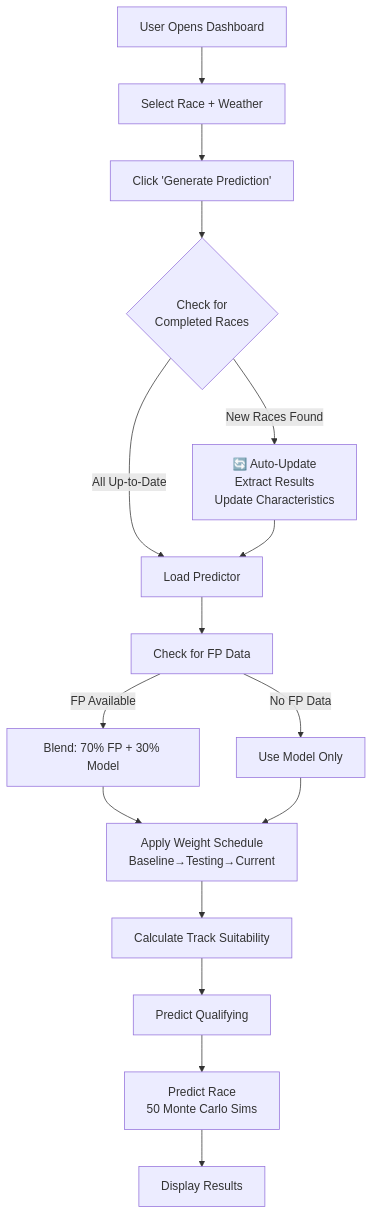
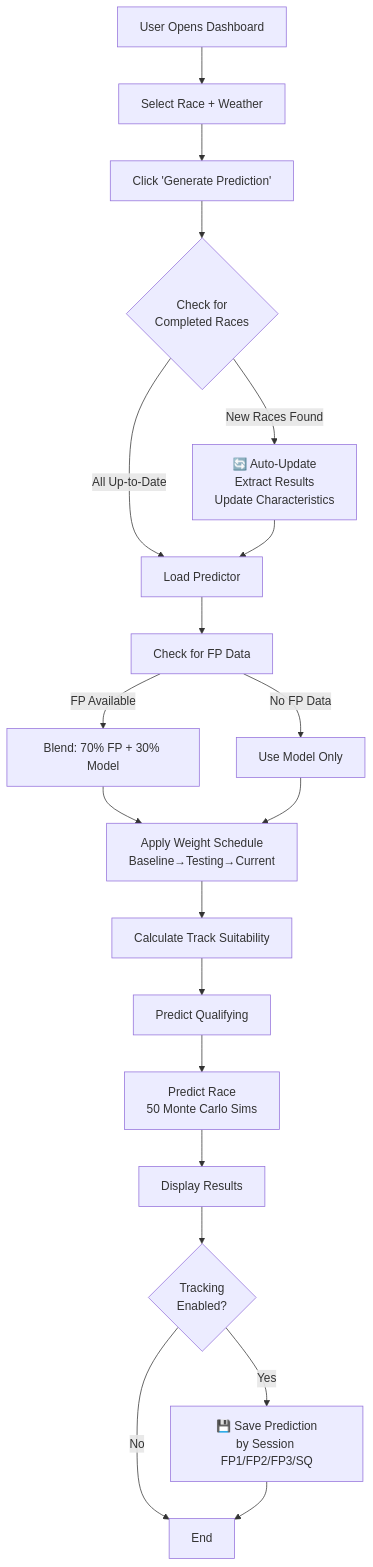
One commit to tomasz-solis/trackside-labs changed the diagram in README.md. Above: the diagram before and after it, drawn with Mermaid. The commit also changed other lines of this file and 12 other files, not shown here.

First line of the commit message:
feat: add prediction accuracy tracking system

````diff
--- a/README.md
+++ b/README.md
@@ -33,18 +34,22 @@
 ```mermaid
 graph TD
     A[User Opens Dashboard] --> B[Select Race + Weather]
     B --> C[Click 'Generate Prediction']
     C --> D{Check for<br/>Completed Races}
     D -->|New Races Found| E[🔄 Auto-Update<br/>Extract Results<br/>Update Characteristics]
     D -->|All Up-to-Date| F[Load Predictor]
     E --> F
     F --> G[Check for FP Data]
     G -->|FP Available| H[Blend: 70% FP + 30% Model]
     G -->|No FP Data| I[Use Model Only]
     H --> J[Apply Weight Schedule<br/>Baseline→Testing→Current]
     I --> J
     J --> K[Calculate Track Suitability]
     K --> L[Predict Qualifying]
     L --> M[Predict Race<br/>50 Monte Carlo Sims]
     M --> N[Display Results]
+    N --> O{Tracking<br/>Enabled?}
+    O -->|Yes| P[💾 Save Prediction<br/>by Session FP1/FP2/FP3/SQ]
+    O -->|No| Q[End]
+    P --> Q
 ```
````
